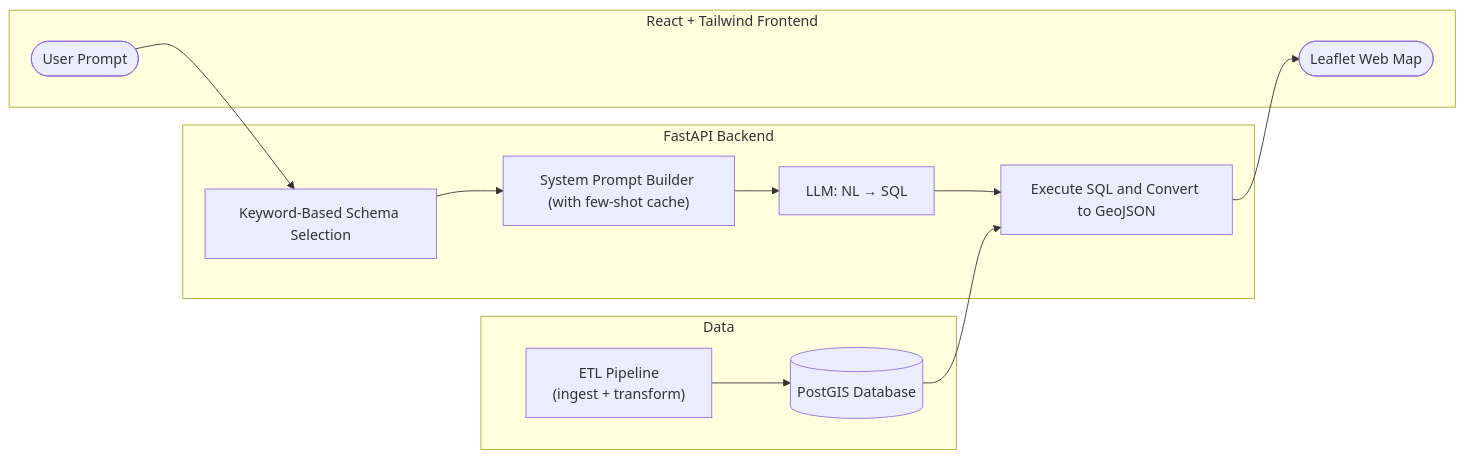
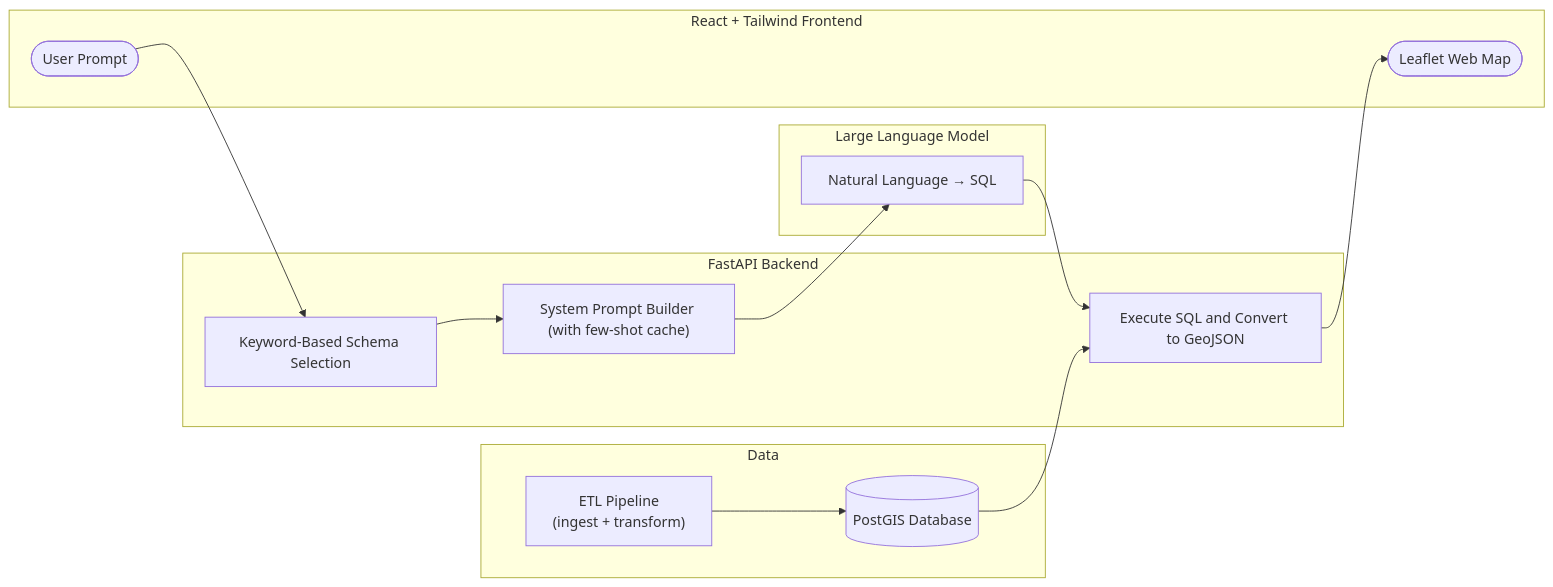
Before and after one commit to connorcrowe/geoff: the diagram in README.md, drawn with Mermaid. The commit also changed other lines of this file, not shown here.

Commit message:
Update readme, include llm node on architecture mermaid diagram, include geoalchemy, sqlalchemy and infrastructure in tech stack, update next features

````diff
--- a/README.md
+++ b/README.md
@@ -42,29 +42,32 @@
 ```mermaid
 flowchart LR
     subgraph Data
         ETL["ETL Pipeline<br>(ingest + transform)"] --> DB[("PostGIS Database")]
     end
 
     subgraph Backend["FastAPI Backend"]
         Schema["Keyword-Based Schema Selection"]
         Prompt["System Prompt Builder (with few-shot cache)"]
-        SQL["LLM: NL → SQL"]
         Exec["Execute SQL and Convert to GeoJSON"]
+    end
+
+    subgraph Ollama["Large Language Model"]
+        LLM["Natural Language → SQL"]
     end
 
     subgraph Frontend["React + Tailwind Frontend"]
         UserPrompt(["User Prompt"])
         Leaflet(["Leaflet Web Map"])
     end
 
     Frontend ~~~ Backend
     Backend ~~~ DB
 
     Schema --> Prompt
-    Prompt --> SQL
-    SQL --> Exec
+    Prompt --> LLM
+    LLM --> Exec
     DB --> Exec
 
     UserPrompt --> Schema
     Exec --> Leaflet
 ```
````
